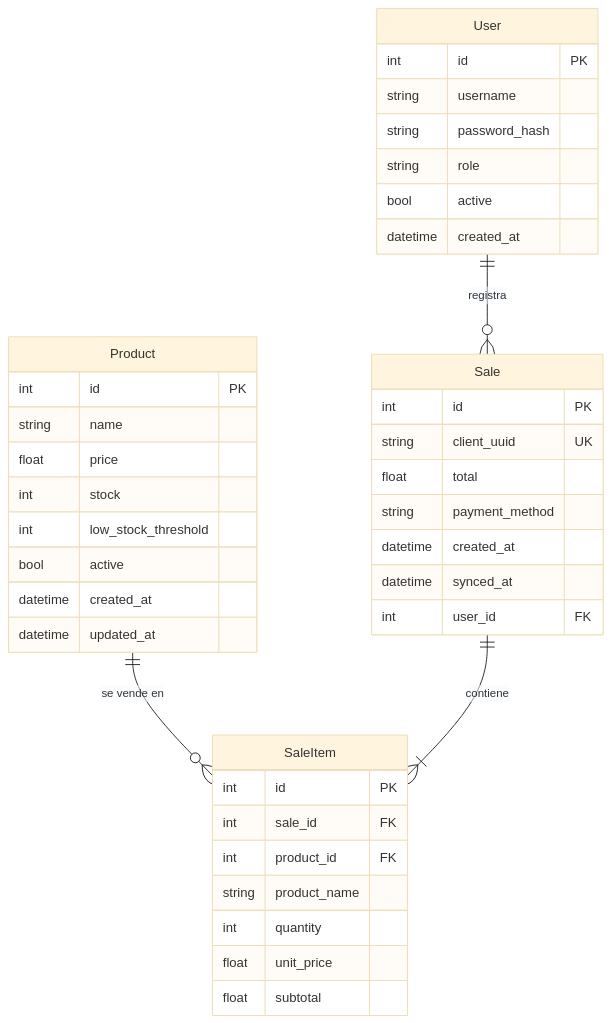
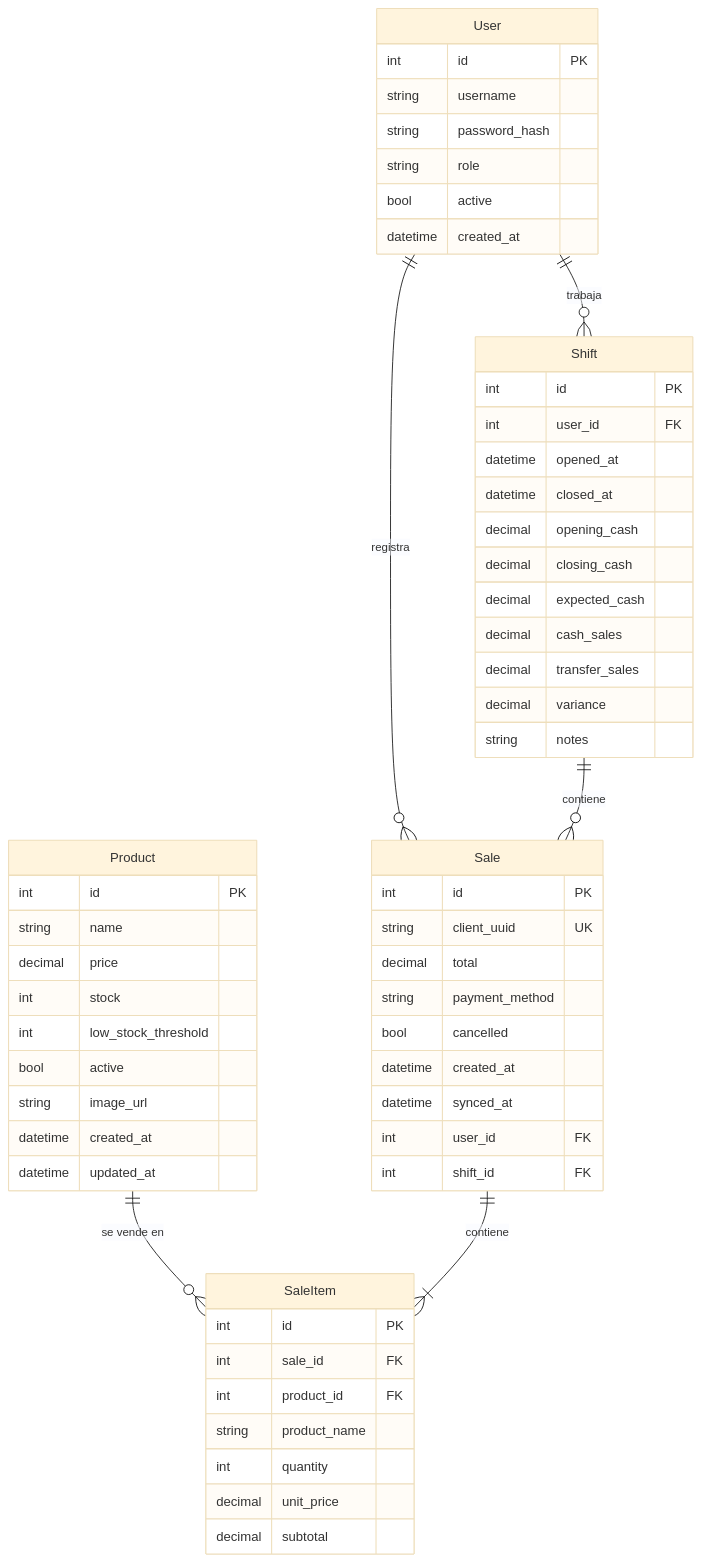
Before and after one commit to ArturoFrancoMozqueda/sweet_home_pos: the fourth of 4 diagrams in README.md, drawn with Mermaid (base theme). The commit also changed other lines of this file, not shown here.

````diff
--- a/README.md
+++ b/README.md
@@ -167,46 +201,65 @@
 ```mermaid
 erDiagram
     User {
         int id PK
         string username
         string password_hash
         string role
         bool active
         datetime created_at
     }
 
     Product {
         int id PK
         string name
-        float price
+        decimal price
         int stock
         int low_stock_threshold
         bool active
+        string image_url
         datetime created_at
         datetime updated_at
+    }
+
+    Shift {
+        int id PK
+        int user_id FK
+        datetime opened_at
+        datetime closed_at
+        decimal opening_cash
+        decimal closing_cash
+        decimal expected_cash
+        decimal cash_sales
+        decimal transfer_sales
+        decimal variance
+        string notes
     }
 
     Sale {
         int id PK
         string client_uuid UK
-        float total
+        decimal total
         string payment_method
+        bool cancelled
         datetime created_at
         datetime synced_at
         int user_id FK
+        int shift_id FK
     }
 
     SaleItem {
         int id PK
         int sale_id FK
         int product_id FK
         string product_name
         int quantity
-        float unit_price
-        float subtotal
+        decimal unit_price
+        decimal subtotal
     }
 
     User ||--o{ Sale : "registra"
+    User ||--o{ Shift : "trabaja"
+    Shift ||--o{ Sale : "contiene"
     Product ||--o{ SaleItem : "se vende en"
     Sale ||--|{ SaleItem : "contiene"
 ```
````
